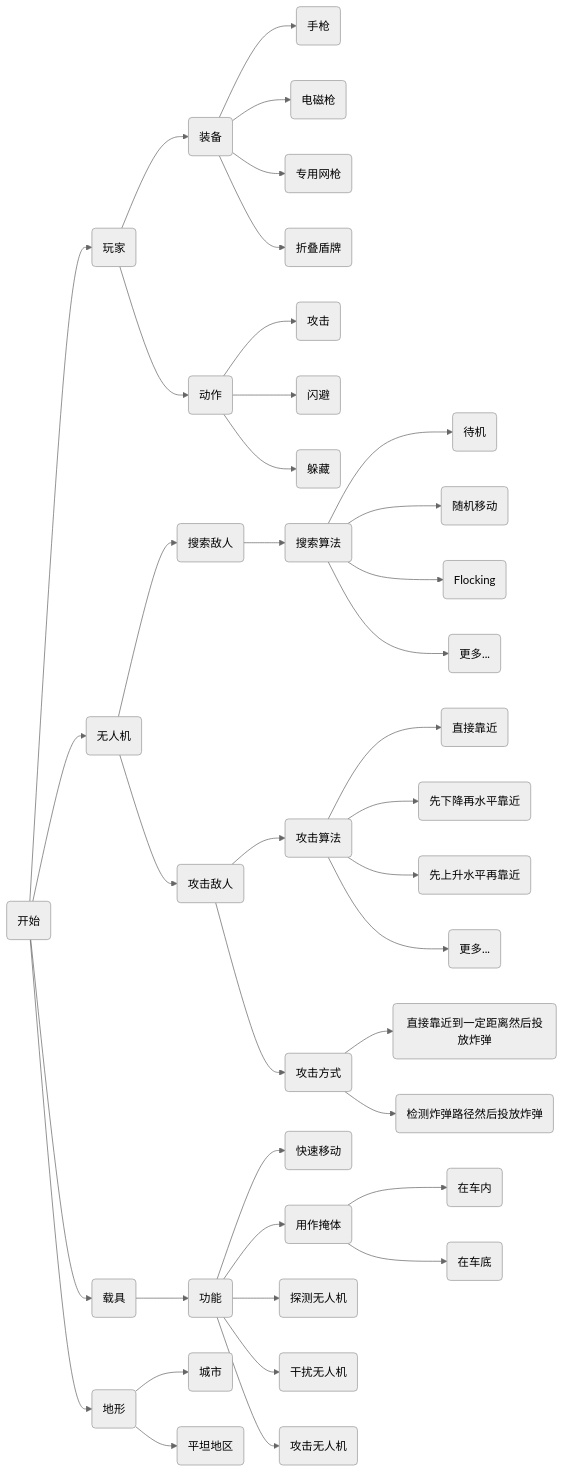
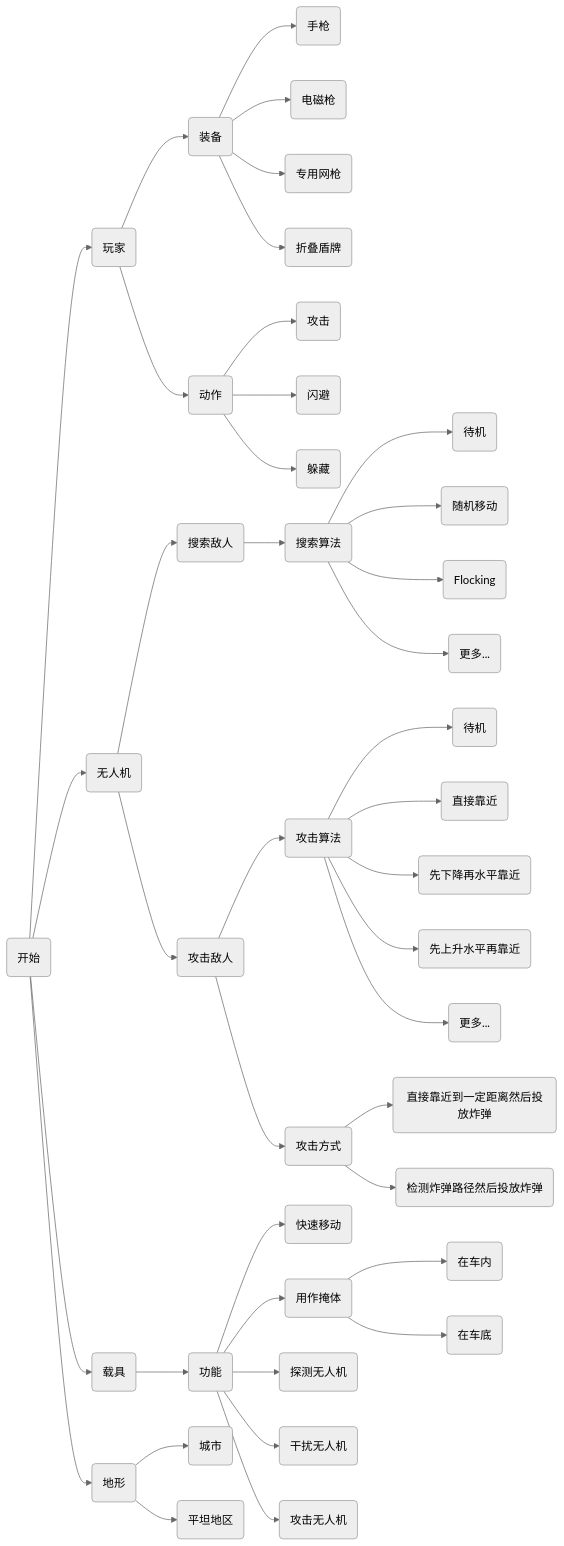
One commit to hby-star/AntiDroneSimulator changed the diagram in Note.md. Above: the diagram before and after it, drawn with Mermaid (neutral theme). The commit also changed 3 other files, not shown here.

Commit message:
feat: attack algorithm stay

````diff
--- a/Note.md
+++ b/Note.md
@@ -3,76 +3,77 @@
 ```mermaid
 flowchart LR
 	Start(开始)
 	Start --> Player
 	Start --> Drone
 	Start --> Vehicle
 	Start --> Terrain
 	
 	Player(玩家)
 	Player --> Equipment
 	Player --> Action
 	
 	Drone(无人机)
 	Drone --> Serach
 	Drone --> Attack
 	
 	Vehicle(载具)
 	Vehicle --> Function
 
 	Terrain(地形)
 	Terrain --> City
 	Terrain --> Flat
 
 	Equipment(装备)
 	GeneralGun(手枪)
 	EMPGun(电磁枪)
 	SkyWallGun(专用网枪)
 	Shield(折叠盾牌)	
 	Equipment --> GeneralGun
 	Equipment --> EMPGun
 	Equipment --> SkyWallGun
 	Equipment --> Shield
 	
 	Action(动作)
 	PlayerAttack(攻击)
 	PlayerEvade(闪避)
 	PlayerHide(躲藏)
 	Action --> PlayerAttack
 	Action --> PlayerEvade
 	Action --> PlayerHide
 	
 	Serach(搜索敌人)
 	Serach --> SerachAlg(搜索算法)
 	SerachAlg --> Stay(待机)
 	SerachAlg --> RandomMove(随机移动)
 	SerachAlg --> Flocking(Flocking)
 	SerachAlg --> More1(更多...)
 	
 	Attack(攻击敌人)
 	Attack --> AttackAlg(攻击算法)
 	Attack --> AttackMethod(攻击方式)
+	AttackAlg --> stay(待机)
 	AttackAlg --> forward(直接靠近)
 	AttackAlg --> downAndForward(先下降再水平靠近)
 	AttackAlg --> upAndForward(先上升水平再靠近)
 	AttackAlg --> More(更多...)
 	AttackMethod --> hit(直接靠近到一定距离然后投放炸弹)
 	AttackMethod --> bomb(检测炸弹路径然后投放炸弹)
 	
 	Function(功能)
 	ForMove(快速移动)
 	ForHide(用作掩体)
 	ForSerach(探测无人机)
 	ForDisturb(干扰无人机)
 	ForAttack(攻击无人机)
 	Function --> ForMove
 	Function --> ForHide
 	Function --> ForSerach
 	Function --> ForDisturb
 	Function --> ForAttack
 	ForHide --> InCar(在车内)
 	ForHide --> BehindCar(在车底)
 	
 	City(城市)
 	Flat(平坦地区)
 		
 ```
````
